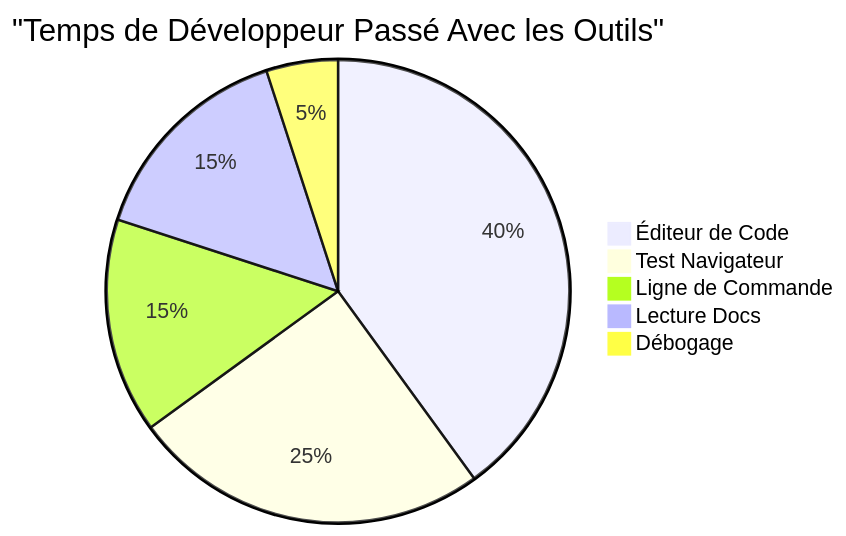
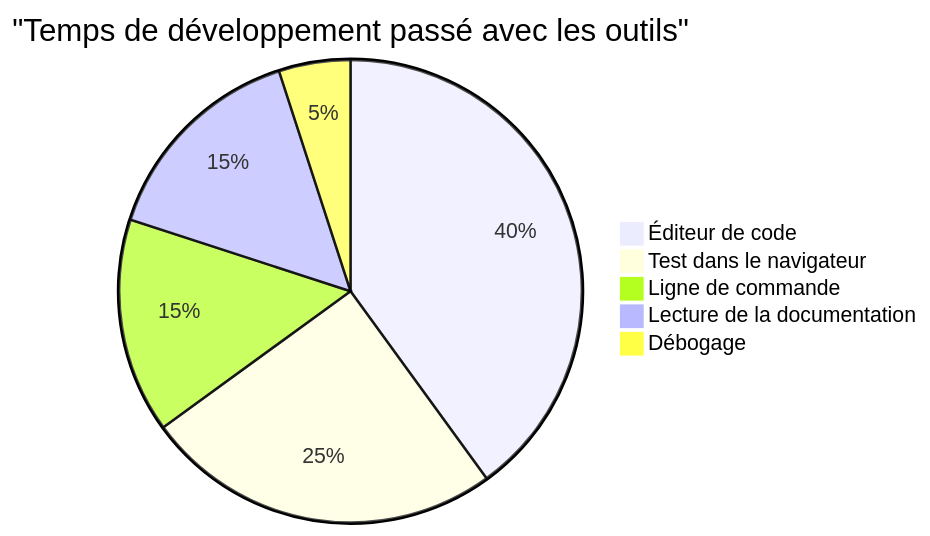
One commit to microsoft/Web-Dev-For-Beginners changed the sixth of 7 diagrams in translations/fr/1-getting-started-lessons/1-intro-to-programming-languages/README.md. Above: the diagram before and after it, drawn with Mermaid. The commit also changed other lines of this file and 393 other files, not shown here.

````diff
--- a/translations/fr/1-getting-started-lessons/1-intro-to-programming-languages/README.md
+++ b/translations/fr/1-getting-started-lessons/1-intro-to-programming-languages/README.md
@@ -713,8 +710,8 @@
 ```mermaid
-pie title "Temps de Développeur Passé Avec les Outils"
-    "Éditeur de Code" : 40
-    "Test Navigateur" : 25
-    "Ligne de Commande" : 15
-    "Lecture Docs" : 15
+pie title "Temps de développement passé avec les outils"
+    "Éditeur de code" : 40
+    "Test dans le navigateur" : 25
+    "Ligne de commande" : 15
+    "Lecture de la documentation" : 15
     "Débogage" : 5
-```
+```  
````
